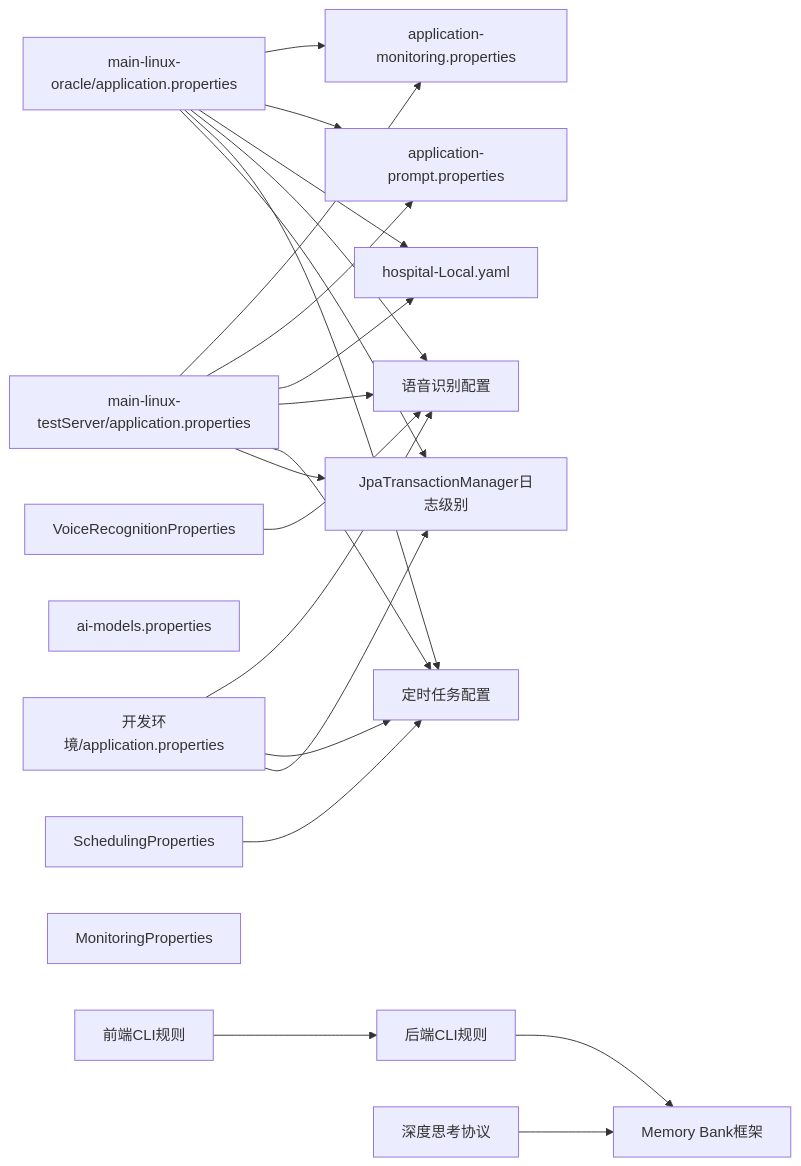
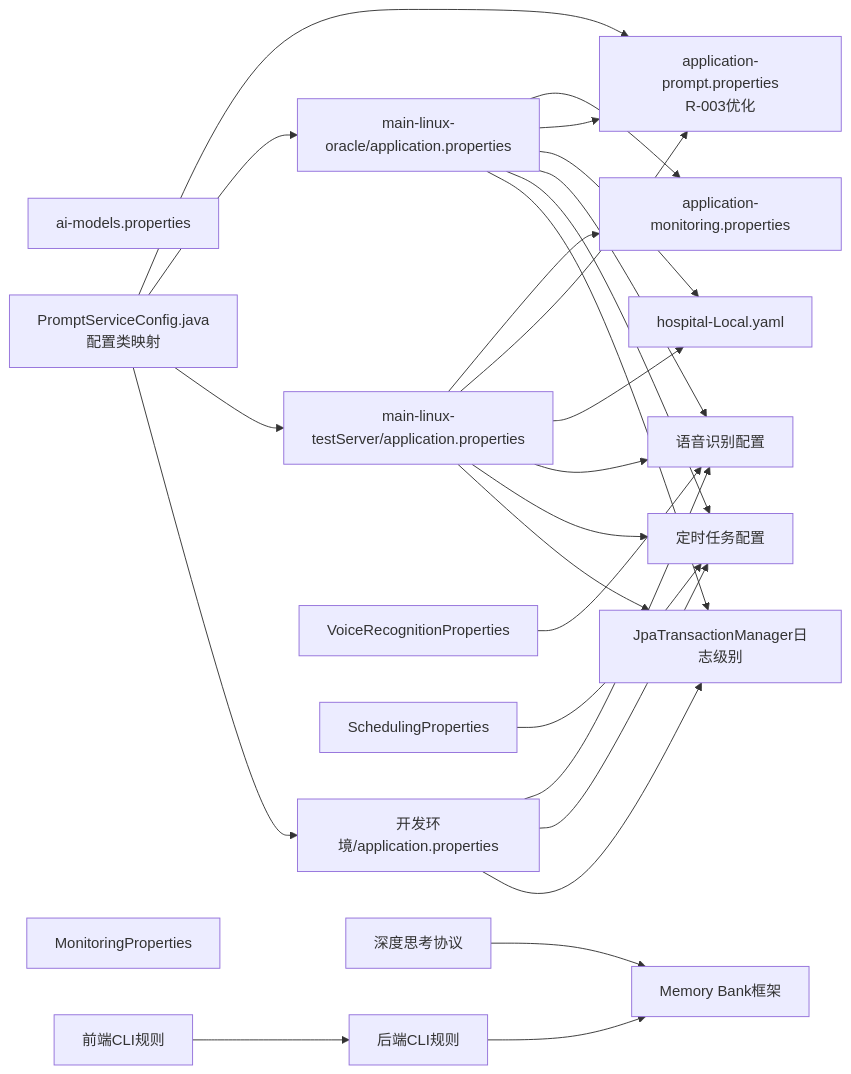
One commit to liuzh2008/med_ai_assistant_workspace changed the third of 3 diagrams in .qoder/repowiki/zh/content/配置管理/配置管理.md. Above: the diagram before and after it, drawn with Mermaid. The commit also changed other lines of this file and 5 other files, not shown here.

````diff
--- a/.qoder/repowiki/zh/content/配置管理/配置管理.md
+++ b/.qoder/repowiki/zh/content/配置管理/配置管理.md
@@ -569,40 +649,45 @@
 ```mermaid
 graph LR
 ORA_APP["main-linux-oracle/application.properties"]
 TEST_APP["main-linux-testServer/application.properties"]
 DEV_APP["开发环境/application.properties"]
 AI_FILE["ai-models.properties"]
 MONITOR["application-monitoring.properties"]
-PROMPT["application-prompt.properties"]
+PROMPT["application-prompt.properties<br/>R-003优化"]
+PROMPT_CLASS["PromptServiceConfig.java<br/>配置类映射"]
 HOSP["hospital-Local.yaml"]
 VOICE_CLASS["VoiceRecognitionProperties"]
 SCHEDULING_CLASS["SchedulingProperties"]
 MONITORING_CLASS["MonitoringProperties"]
 VOICE_CONFIG["语音识别配置"]
 SCHEDULING_CONFIG["定时任务配置"]
 TXN_LEVEL["JpaTransactionManager日志级别"]
 CLI_BACKEND["后端CLI规则"]
 CLI_FRONTEND["前端CLI规则"]
 MEMORY_BANK["Memory Bank框架"]
 THINK_PROTOCOL["深度思考协议"]
 ORA_APP --> MONITOR
 TEST_APP --> MONITOR
 ORA_APP --> PROMPT
 TEST_APP --> PROMPT
 ORA_APP --> HOSP
 TEST_APP --> HOSP
 ORA_APP --> VOICE_CONFIG
 TEST_APP --> VOICE_CONFIG
 DEV_APP --> VOICE_CONFIG
 VOICE_CLASS --> VOICE_CONFIG
 ORA_APP --> SCHEDULING_CONFIG
 TEST_APP --> SCHEDULING_CONFIG
 DEV_APP --> SCHEDULING_CONFIG
 SCHEDULING_CLASS --> SCHEDULING_CONFIG
 ORA_APP --> TXN_LEVEL
 TEST_APP --> TXN_LEVEL
 DEV_APP --> TXN_LEVEL
+PROMPT_CLASS --> PROMPT
+PROMPT_CLASS --> ORA_APP
+PROMPT_CLASS --> TEST_APP
+PROMPT_CLASS --> DEV_APP
 CLI_BACKEND --> MEMORY_BANK
 CLI_FRONTEND --> CLI_BACKEND
 THINK_PROTOCOL --> MEMORY_BANK
 ```
````
